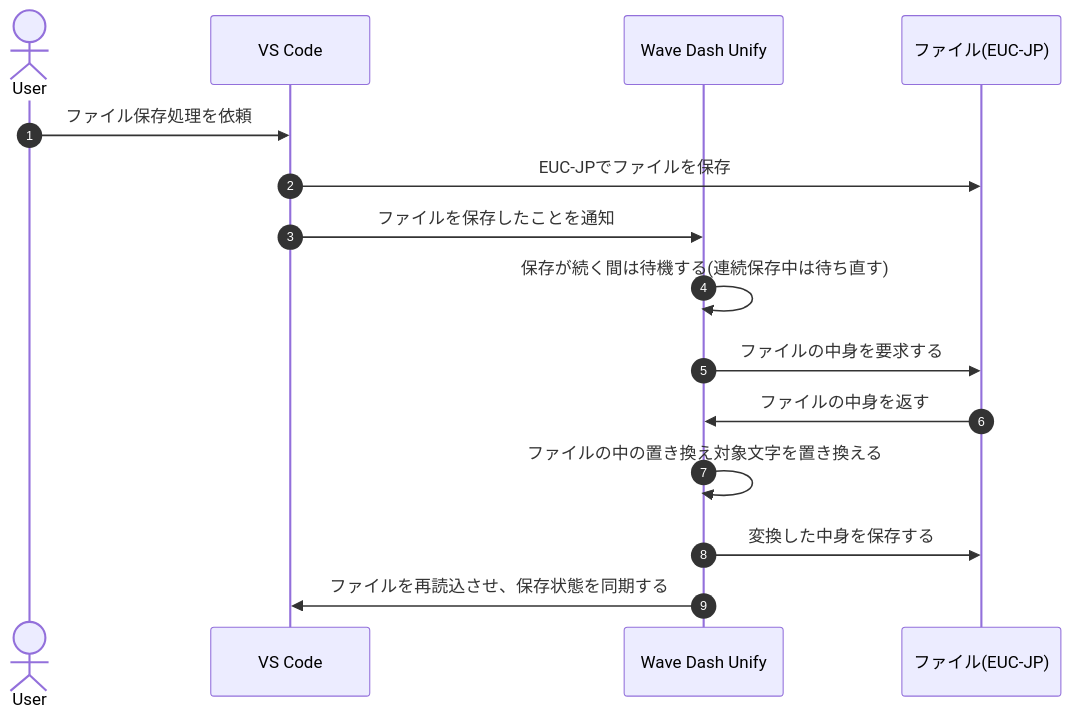
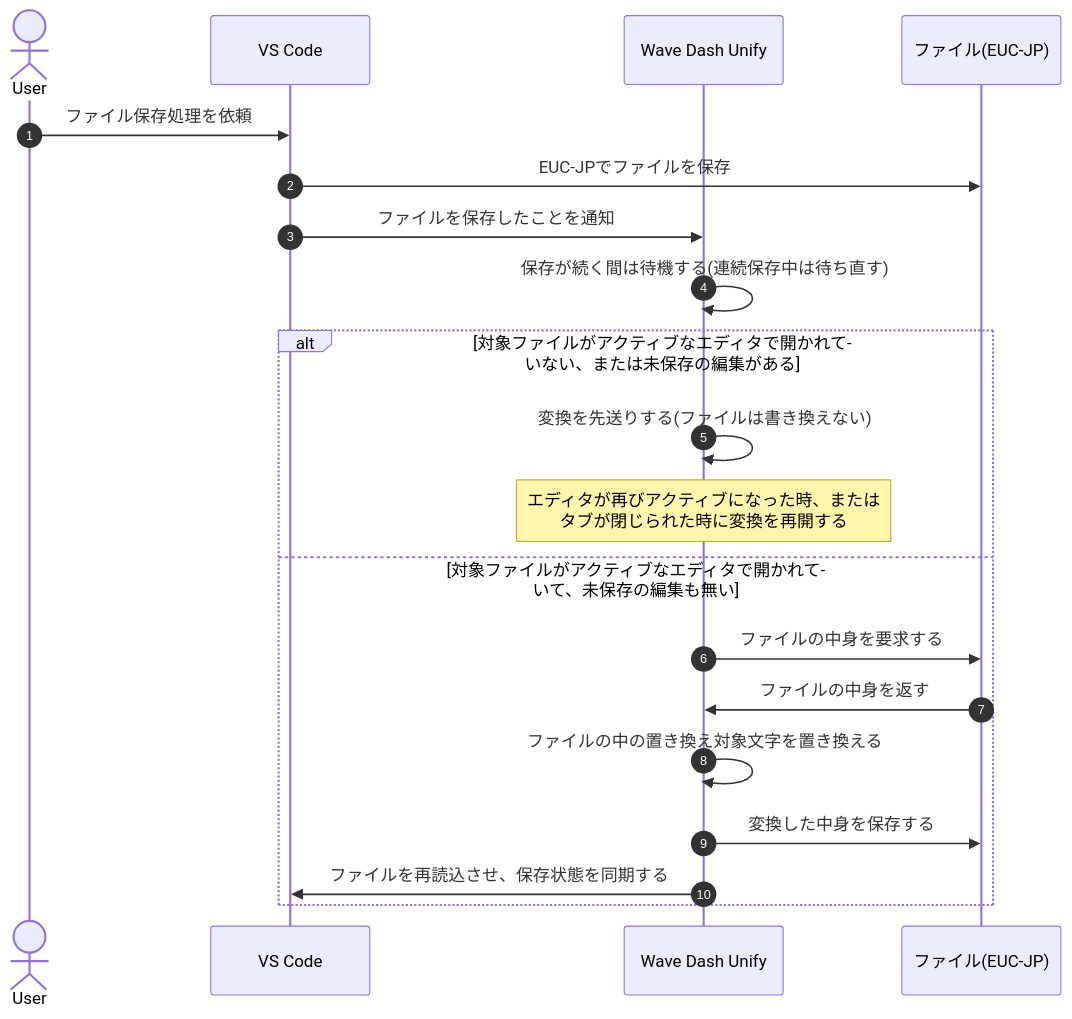
Before and after one commit to yutotnh/wave-dash-unify: the diagram in README.md, drawn with Mermaid. The commit also changed other lines of this file, not shown here.

Commit message:
docs: 非アクティブなエディタでは変換を先送りする挙動をREADMEに反映
シーケンス図に「対象ファイルがアクティブなエディタで開かれていない、
または未保存の編集がある場合は変換を先送りする」分岐を追加し、
補足文でもetag同期(再読込)がアクティブなエディタにしか効かないことと、
その間ファイルはディスク上で未変換のまま残ることを説明した。

````diff
--- a/README.md
+++ b/README.md
@@ -29,19 +29,25 @@
 ```mermaid
 sequenceDiagram
     autonumber
 
     actor User
     participant vscode as VS Code
     participant extension as Wave Dash Unify
     participant file as ファイル(EUC-JP)
 
     User ->> vscode: ファイル保存処理を依頼
     vscode ->> file: EUC-JPでファイルを保存
     vscode ->> extension: ファイルを保存したことを通知
     extension ->> extension: 保存が続く間は待機する(連続保存中は待ち直す)
-    extension ->> file: ファイルの中身を要求する
-    file ->> extension: ファイルの中身を返す
-    extension ->> extension: ファイルの中の置き換え対象文字を置き換える
-    extension ->> file: 変換した中身を保存する
-    extension ->> vscode: ファイルを再読込させ、保存状態を同期する
+
+    alt 対象ファイルがアクティブなエディタで開かれていない、または未保存の編集がある
+        extension ->> extension: 変換を先送りする(ファイルは書き換えない)
+        note over extension: エディタが再びアクティブになった時、または<br/>タブが閉じられた時に変換を再開する
+    else 対象ファイルがアクティブなエディタで開かれていて、未保存の編集も無い
+        extension ->> file: ファイルの中身を要求する
+        file ->> extension: ファイルの中身を返す
+        extension ->> extension: ファイルの中の置き換え対象文字を置き換える
+        extension ->> file: 変換した中身を保存する
+        extension ->> vscode: ファイルを再読込させ、保存状態を同期する
+    end
 ```
````
